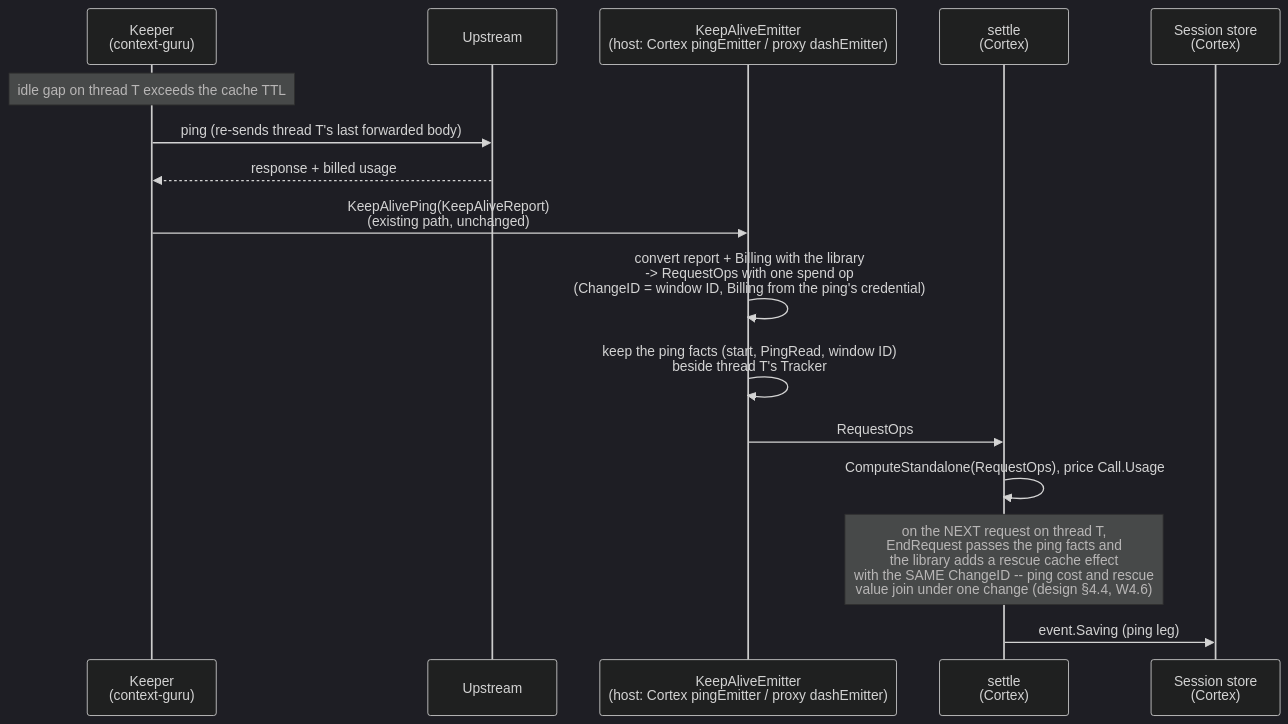
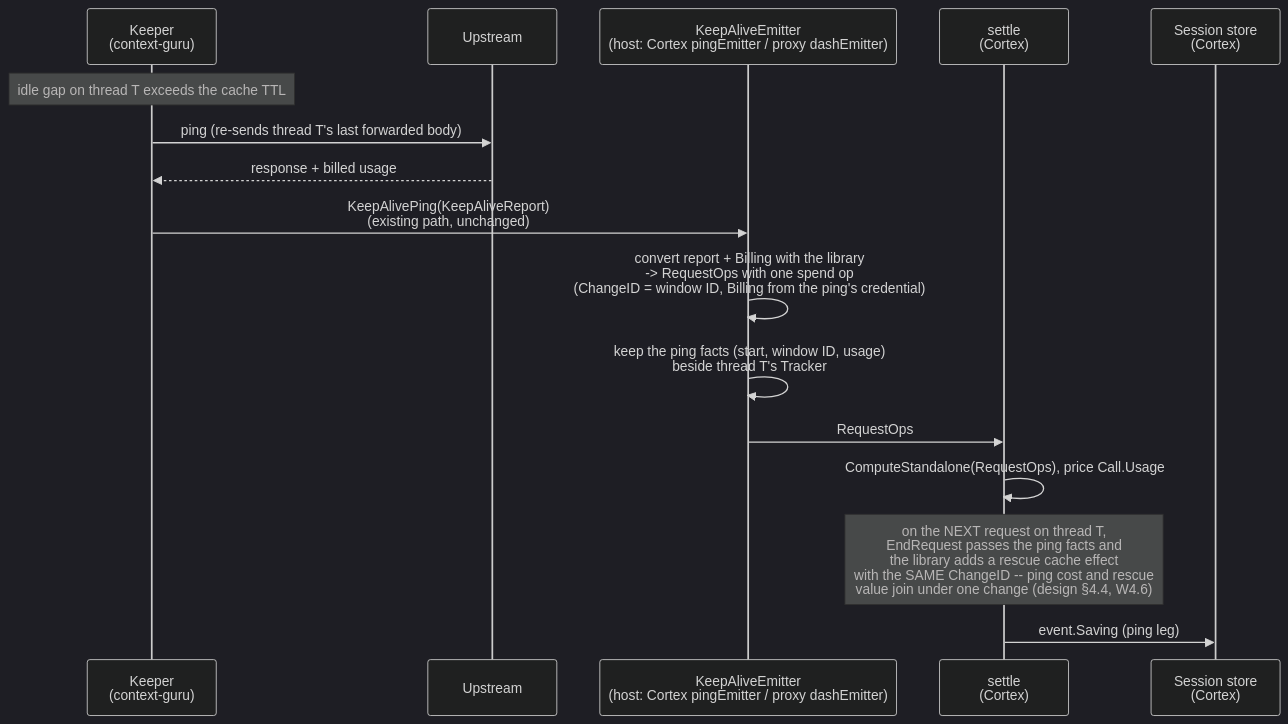
One commit to rossoctl/accountant changed the third of 3 diagrams in docs/cortex-wiring.md. Above: the diagram before and after it, drawn with Mermaid (dark theme). The commit also changed other lines of this file and 6 other files, not shown here.

First line of the commit message:
feat: Derive PingRead from the ping's usage

````diff
--- a/docs/cortex-wiring.md
+++ b/docs/cortex-wiring.md
@@ -214,19 +215,19 @@
 ```mermaid
 sequenceDiagram
     participant Keeper as Keeper<br/>(context-guru)
     participant Upstream
     participant Emitter as KeepAliveEmitter<br/>(host: Cortex pingEmitter / proxy dashEmitter)
     participant Settle as settle<br/>(Cortex)
     participant Store as Session store<br/>(Cortex)
 
     Note over Keeper: idle gap on thread T exceeds the cache TTL
     Keeper->>Upstream: ping (re-sends thread T's last forwarded body)
     Upstream-->>Keeper: response + billed usage
     Keeper->>Emitter: KeepAlivePing(KeepAliveReport)<br/>(existing path, unchanged)
     Emitter->>Emitter: convert report + Billing with the library<br/>-> RequestOps with one spend op<br/>(ChangeID = window ID, Billing from the ping's credential)
-    Emitter->>Emitter: keep the ping facts (start, PingRead, window ID)<br/>beside thread T's Tracker
+    Emitter->>Emitter: keep the ping facts (start, window ID, usage)<br/>beside thread T's Tracker
     Emitter->>Settle: RequestOps
     Settle->>Settle: ComputeStandalone(RequestOps), price Call.Usage
     Note over Settle: on the NEXT request on thread T,<br/>EndRequest passes the ping facts and<br/>the library adds a rescue cache effect<br/>with the SAME ChangeID -- ping cost and rescue<br/>value join under one change (design §4.4, W4.6)
     Settle->>Store: event.Saving (ping leg)
 ```
````
